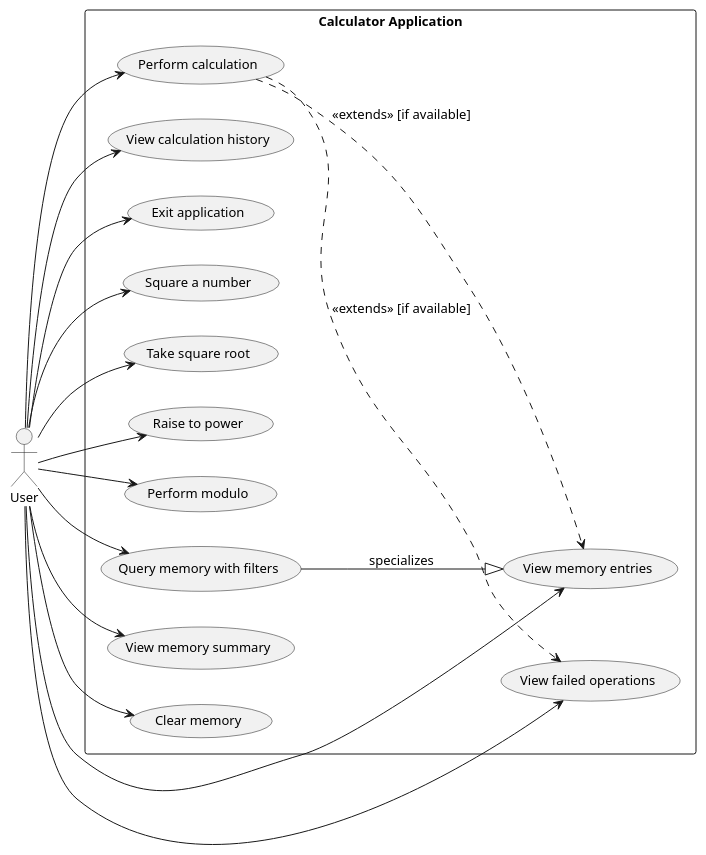
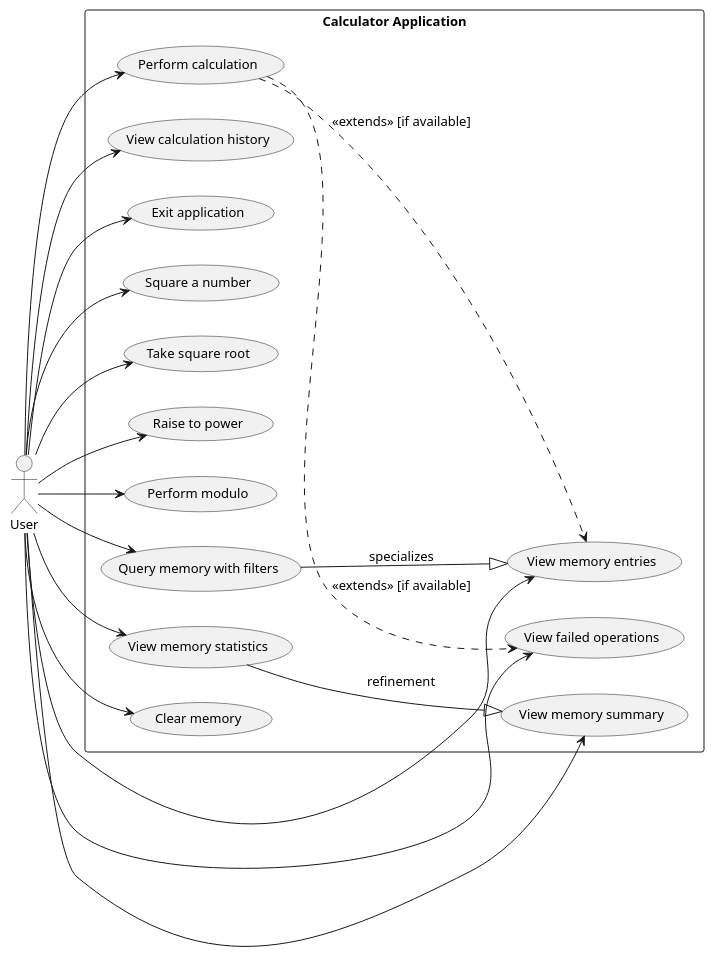
One commit to DanielRiha8906/Software_autoevolution_using_agents changed the diagram in experiments/supervisor_as_tools/structured_text/calculator/artifacts/use_case_diagram.puml. Above: the diagram before and after it, drawn with PlantUML. The commit also changed 9 other files, not shown here.

```diff
--- a/experiments/supervisor_as_tools/structured_text/calculator/artifacts/use_case_diagram.puml
+++ b/experiments/supervisor_as_tools/structured_text/calculator/artifacts/use_case_diagram.puml
@@ -1,42 +1,45 @@
 @startuml use_case_diagram
 
 skinparam defaultFontSize 13
 
 left to right direction
 
 actor User
 
 rectangle "Calculator Application" {
     usecase "Perform calculation" as UC_Calc
     usecase "View calculation history" as UC_History
     usecase "Exit application" as UC_Exit
     usecase "Square a number" as UC_Square
     usecase "Take square root" as UC_Sqrt
     usecase "Raise to power" as UC_Power
     usecase "Perform modulo" as UC_Modulo
     usecase "View memory entries" as UC_Memory
     usecase "Query memory with filters" as UC_FilteredMemory
     usecase "View memory summary" as UC_Summary
+    usecase "View memory statistics" as UC_Statistics
     usecase "View failed operations" as UC_Failures
     usecase "Clear memory" as UC_ClearMem
 
 }
 
 User --> UC_Calc
 User --> UC_History
 User --> UC_Exit
 User --> UC_Square
 User --> UC_Sqrt
 User --> UC_Power
 User --> UC_Modulo
 User --> UC_Memory
 User --> UC_FilteredMemory
 User --> UC_Summary
+User --> UC_Statistics
 User --> UC_Failures
 User --> UC_ClearMem
 
 UC_Calc ..> UC_Memory : <<extends>> [if available]
 UC_Calc ..> UC_Failures : <<extends>> [if available]
 UC_FilteredMemory --|> UC_Memory : specializes
+UC_Statistics --|> UC_Summary : refinement
 
 @enduml
```
